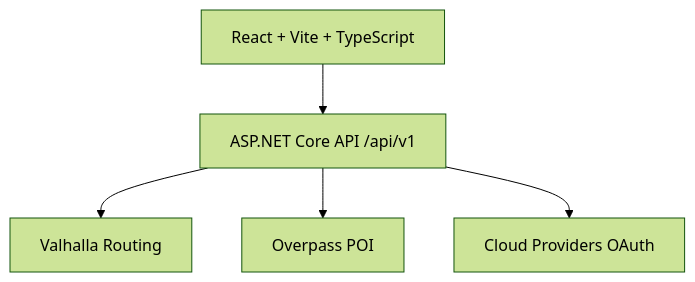
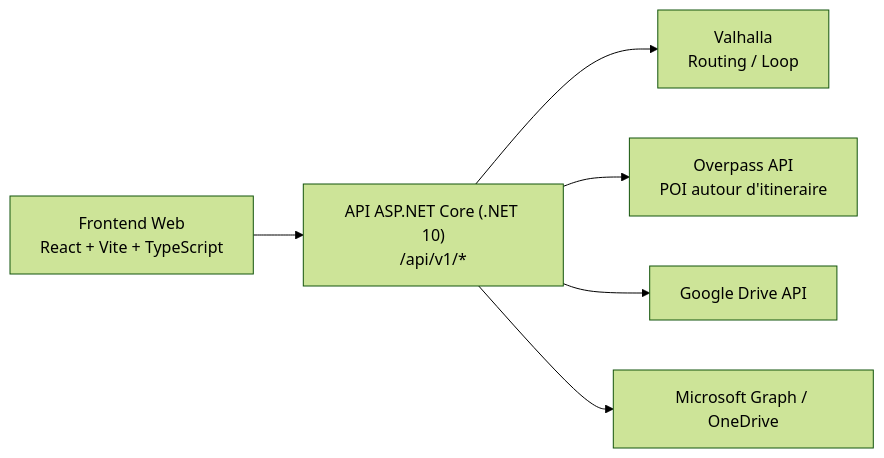
Before and after one commit to arnaud-wissart/BikeVoyager: the diagram in README.md, drawn with Mermaid (forest theme). The commit also changed other lines of this file and 1 other file, not shown here.

````diff
--- a/README.md
+++ b/README.md
@@ -41,7 +29,8 @@
-``` mermaid
-graph TD
-    A[React + Vite + TypeScript] --> B[ASP.NET Core API /api/v1]
-    B --> C[Valhalla Routing]
-    B --> D[Overpass POI]
-    B --> E[Cloud Providers OAuth]
+```mermaid
+flowchart LR
+    UI["Frontend Web<br/>React + Vite + TypeScript"] --> API["API ASP.NET Core (.NET 10)<br/>/api/v1/*"]
+    API --> VAL["Valhalla<br/>Routing / Loop"]
+    API --> OVP["Overpass API<br/>POI autour d'itineraire"]
+    API --> GDR["Google Drive API"]
+    API --> ODR["Microsoft Graph / OneDrive"]
 ```
````
